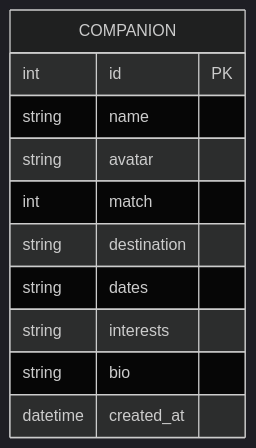
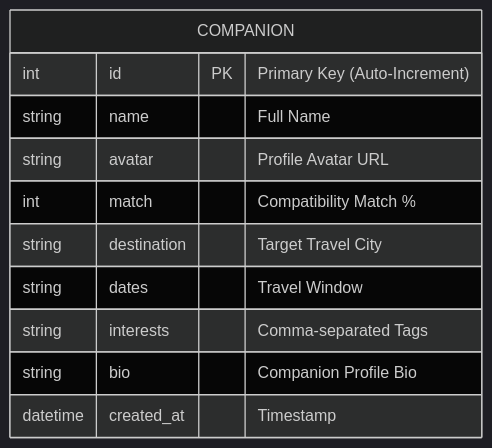
One commit to sandeep-kumar-270904/Travel-Companion-AI changed the second of 2 diagrams in README.md. Above: the diagram before and after it, drawn with Mermaid (dark theme). The commit also changed other lines of this file, not shown here.

````diff
--- a/README.md
+++ b/README.md
@@ -63,14 +66,14 @@
 ```mermaid
 erDiagram
     COMPANION {
-        int id PK
-        string name
-        string avatar
-        int match
-        string destination
-        string dates
-        string interests
-        string bio
-        datetime created_at
+        int id PK "Primary Key (Auto-Increment)"
+        string name "Full Name"
+        string avatar "Profile Avatar URL"
+        int match "Compatibility Match %"
+        string destination "Target Travel City"
+        string dates "Travel Window"
+        string interests "Comma-separated Tags"
+        string bio "Companion Profile Bio"
+        datetime created_at "Timestamp"
     }
 ```
````
